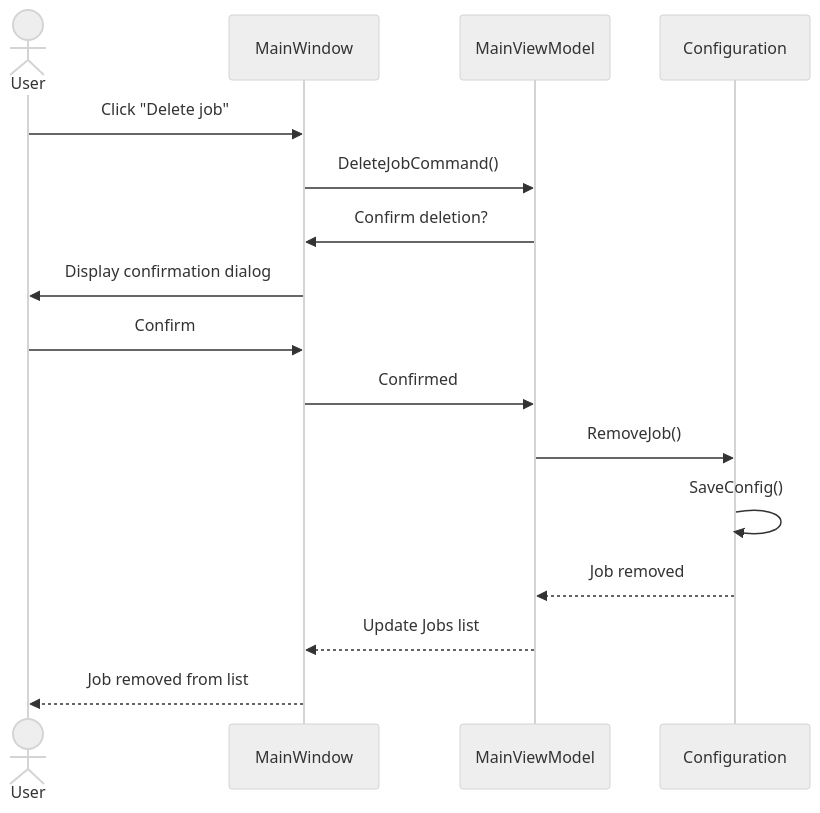
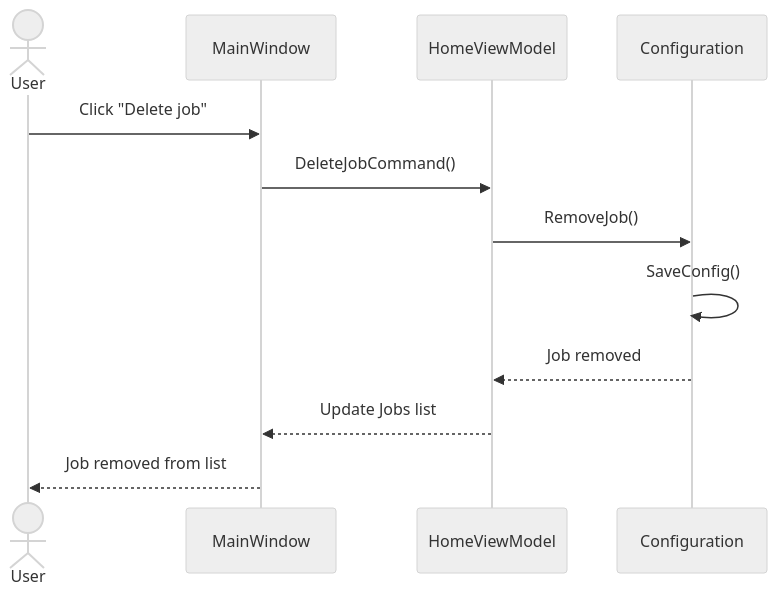
The fifth of 8 diagrams in Diagrams/UML.md (Groupe1-Prosoft/EasySave), drawn with Mermaid (neutral theme) before and after one commit. The commit also changed other lines of this file, not shown here.

Commit message:
Corrections of use case, class diagram and sequential diagram with the Alexandre Feddback on deliveable2

````diff
--- a/Diagrams/UML.md
+++ b/Diagrams/UML.md
@@ -311,22 +305,17 @@
 ```mermaid
    sequenceDiagram
     actor User
     participant MainWindow
-    participant MainViewModel
+    participant HomeViewModel
     participant Configuration
 
     User->>MainWindow: Click "Delete job"
-    MainWindow->>MainViewModel: DeleteJobCommand()
+    MainWindow->>HomeViewModel: DeleteJobCommand()
 
-    MainViewModel->>MainWindow: Confirm deletion?
-    MainWindow->>User: Display confirmation dialog
-    User->>MainWindow: Confirm
+    HomeViewModel->>Configuration: RemoveJob()
+    Configuration->>Configuration: SaveConfig()
+    Configuration-->>HomeViewModel: Job removed
 
-    MainWindow->>MainViewModel: Confirmed
-    MainViewModel->>Configuration: RemoveJob()
-    Configuration->>Configuration: SaveConfig()
-    Configuration-->>MainViewModel: Job removed
-
-    MainViewModel-->>MainWindow: Update Jobs list
+    HomeViewModel-->>MainWindow: Update Jobs list
     MainWindow-->>User: Job removed from list  
 ```
````
